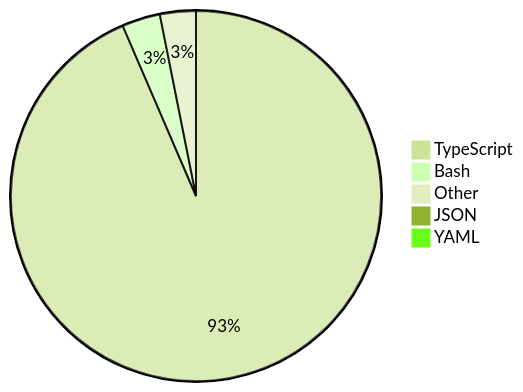
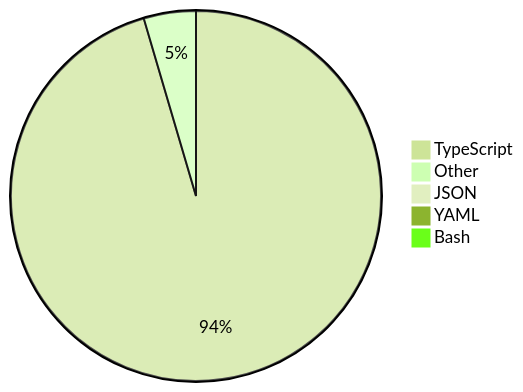
Before and after one commit to skvggor/skvggor: the diagram in README.md, drawn with Mermaid (forest theme).

Commit message:
Updated waka-readme graph with new metrics

````diff
--- a/README.md
+++ b/README.md
@@ -14,8 +14,8 @@
 ```mermaid
 pie
-    "TypeScript" : 92.5
-    "Bash" : 3.3
-    "Other" : 3.1
+    "TypeScript" : 94.3
+    "Other" : 4.5
     "JSON" : 0.6
-    "YAML" : 0.4
+    "YAML" : 0.3
+    "Bash" : 0.2
 ```
````
